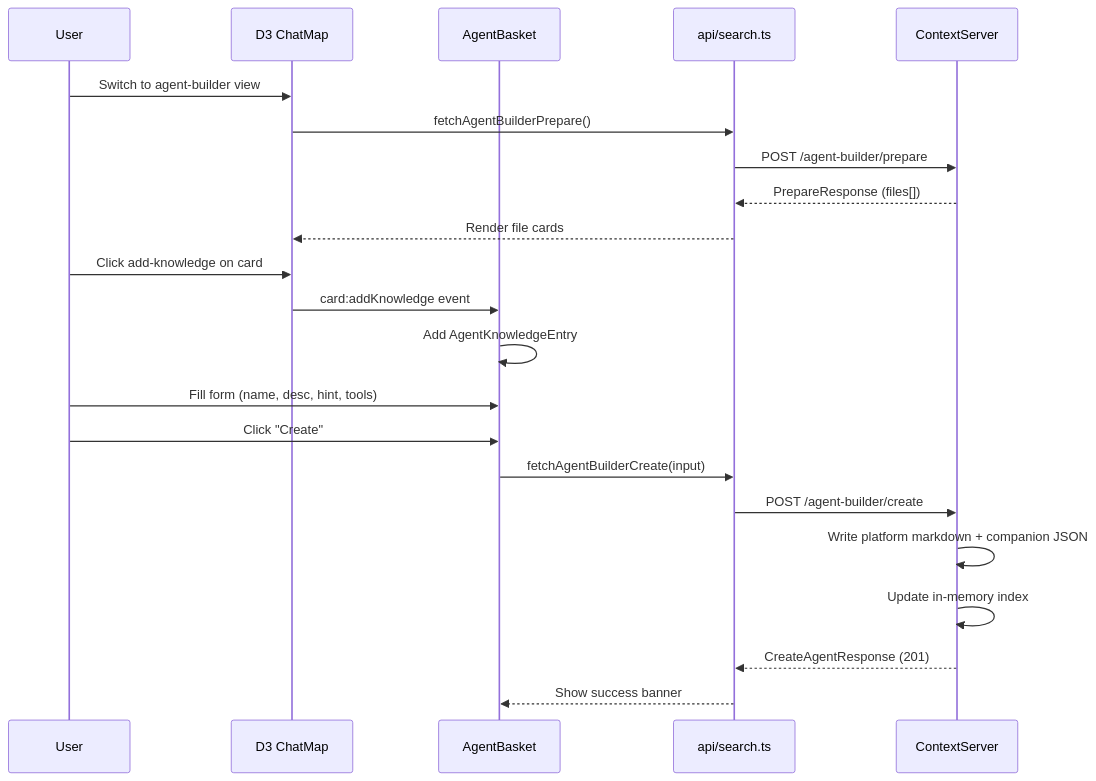
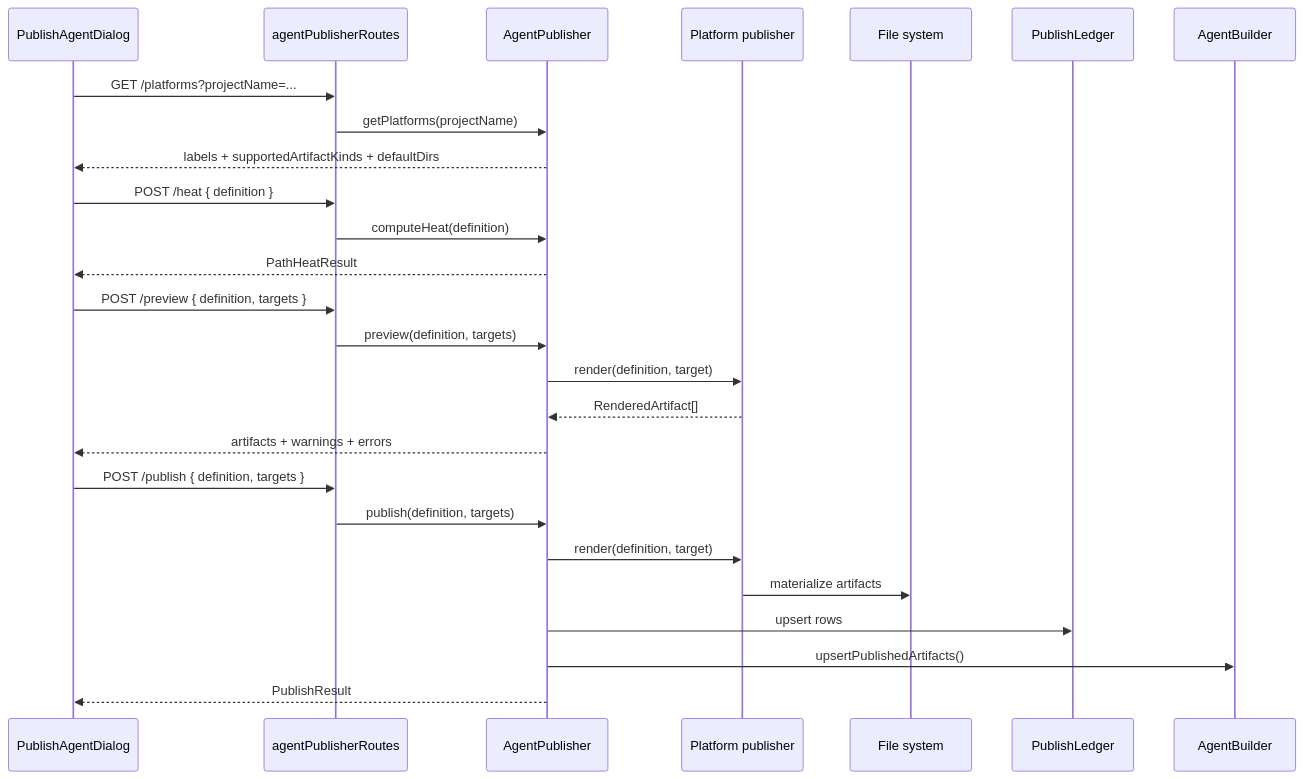
The second of 2 diagrams in server/zz-reach2/architecture/agents/archi-agent-builder.md (Kyliathy/context-core), drawn with Mermaid before and after one commit. The commit also changed other lines of this file and 87 other files, not shown here.

````diff
--- a/server/zz-reach2/architecture/agents/archi-agent-builder.md
+++ b/server/zz-reach2/architecture/agents/archi-agent-builder.md
@@ -654,27 +236,32 @@
 ```mermaid
 sequenceDiagram
-    participant User as User
-    participant D3 as D3 ChatMap
-    participant Basket as AgentBasket
-    participant API as api/search.ts
-    participant Server as ContextServer
+    participant UI as PublishAgentDialog
+    participant API as agentPublisherRoutes
+    participant AP as AgentPublisher
+    participant PP as Platform publisher
+    participant FS as File system
+    participant Ledger as PublishLedger
+    participant AB as AgentBuilder
 
-    User->>D3: Switch to agent-builder view
-    D3->>API: fetchAgentBuilderPrepare()
-    API->>Server: POST /agent-builder/prepare
-    Server-->>API: PrepareResponse (files[])
-    API-->>D3: Render file cards
+    UI->>API: GET /platforms?projectName=...
+    API->>AP: getPlatforms(projectName)
+    AP-->>UI: labels + supportedArtifactKinds + defaultDirs
 
-    User->>D3: Click add-knowledge on card
-    D3->>Basket: card:addKnowledge event
-    Basket->>Basket: Add AgentKnowledgeEntry
+    UI->>API: POST /heat { definition }
+    API->>AP: computeHeat(definition)
+    AP-->>UI: PathHeatResult
 
-    User->>Basket: Fill form (name, desc, hint, tools)
-    User->>Basket: Click "Create"
-    Basket->>API: fetchAgentBuilderCreate(input)
-    API->>Server: POST /agent-builder/create
-    Server->>Server: Write platform markdown + companion JSON
-    Server->>Server: Update in-memory index
-    Server-->>API: CreateAgentResponse (201)
-    API-->>Basket: Show success banner
+    UI->>API: POST /preview { definition, targets }
+    API->>AP: preview(definition, targets)
+    AP->>PP: render(definition, target)
+    PP-->>AP: RenderedArtifact[]
+    AP-->>UI: artifacts + warnings + errors
+
+    UI->>API: POST /publish { definition, targets }
+    API->>AP: publish(definition, targets)
+    AP->>PP: render(definition, target)
+    PP->>FS: materialize artifacts
+    AP->>Ledger: upsert rows
+    AP->>AB: upsertPublishedArtifacts()
+    AP-->>UI: PublishResult
 ```
````
